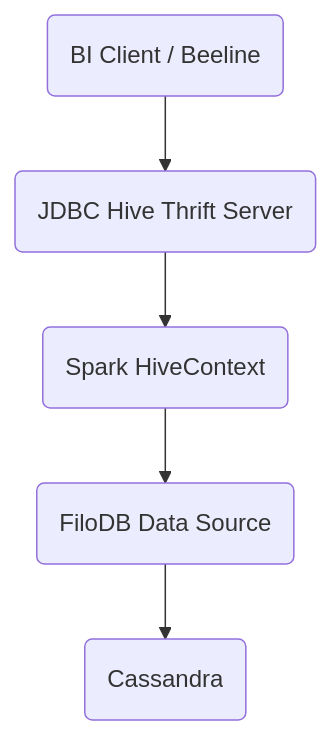
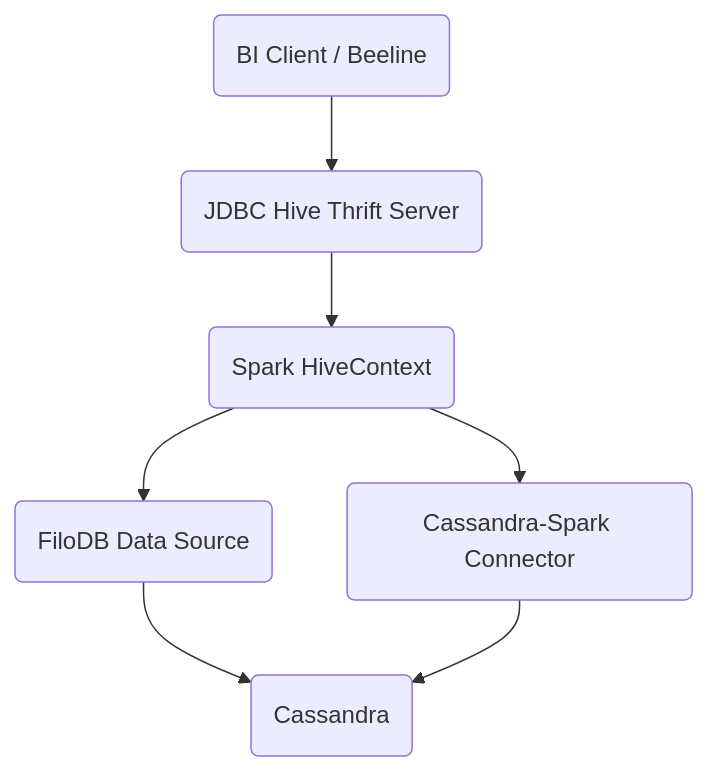
One commit to tuplejump/presentations changed the diagram in 2016-orielly-webcast-fast-streaming/data-warehouse.mermaid. Above: the diagram before and after it, drawn with Mermaid. The commit also changed 4 other files, not shown here.

```diff
--- a/2016-orielly-webcast-fast-streaming/data-warehouse.mermaid
+++ b/2016-orielly-webcast-fast-streaming/data-warehouse.mermaid
@@ -1,5 +1,7 @@
 graph TB;
 C(BI Client / Beeline) --> S(JDBC Hive Thrift Server);
 S --> HC(Spark HiveContext);
 HC --> F(FiloDB Data Source);
+HC --> CSC(Cassandra-Spark Connector);
 F --> Ca(Cassandra);
+CSC --> Ca;
```
